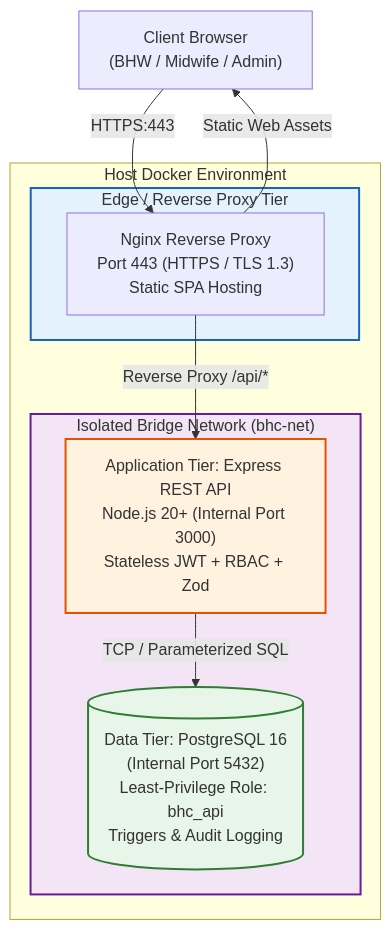
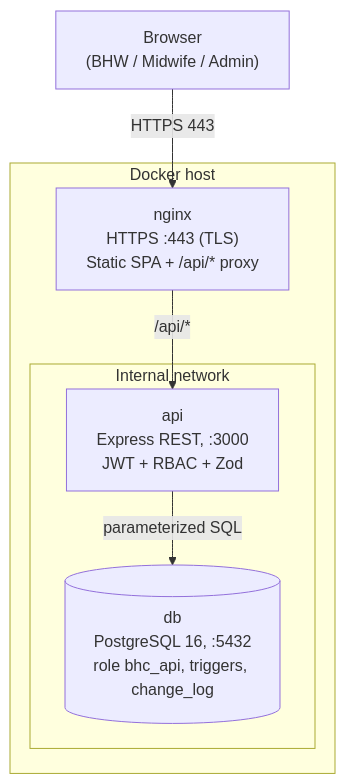
The diagram in README.md (ljpantalla15/bhc-system), drawn with Mermaid before and after one commit. The commit also changed other lines of this file and 12 other files, not shown here.

````diff
--- a/README.md
+++ b/README.md
@@ -16,25 +50,16 @@
 ```mermaid
 graph TD
-    Client["Client Browser<br/>(BHW / Midwife / Admin)"]
-    
-    subgraph Host["Host Docker Environment"]
-        subgraph Edge["Edge / Reverse Proxy Tier"]
-            Nginx["Nginx Reverse Proxy<br/>Port 443 (HTTPS / TLS 1.3)<br/>Static SPA Hosting"]
-        end
-        
-        subgraph InternalNetwork["Isolated Bridge Network (bhc-net)"]
-            API["Application Tier: Express REST API<br/>Node.js 20+ (Internal Port 3000)<br/>Stateless JWT + RBAC + Zod"]
-            DB[("Data Tier: PostgreSQL 16<br/>(Internal Port 5432)<br/>Least-Privilege Role: bhc_api<br/>Triggers & Audit Logging")]
+    Client["Browser<br/>(BHW / Midwife / Admin)"]
+
+    subgraph Host["Docker host"]
+        Nginx["nginx<br/>HTTPS :443 (TLS)<br/>Static SPA + /api/* proxy"]
+        subgraph Net["Internal network"]
+            API["api<br/>Express REST, :3000<br/>JWT + RBAC + Zod"]
+            DB[("db<br/>PostgreSQL 16, :5432<br/>role bhc_api, triggers, change_log")]
         end
     end
 
-    Client -->|HTTPS:443| Nginx
-    Nginx -->|Static Web Assets| Client
-    Nginx -->|Reverse Proxy /api/*| API
-    API -->|TCP / Parameterized SQL| DB
-
-    style Edge fill:#e3f2fd,stroke:#1565c0,stroke-width:2px
-    style InternalNetwork fill:#f3e5f5,stroke:#6a1b9a,stroke-width:2px
-    style DB fill:#e8f5e9,stroke:#2e7d32,stroke-width:2px
-    style API fill:#fff3e0,stroke:#e65100,stroke-width:2px
+    Client -->|HTTPS 443| Nginx
+    Nginx -->|/api/*| API
+    API -->|parameterized SQL| DB
 ```
````
